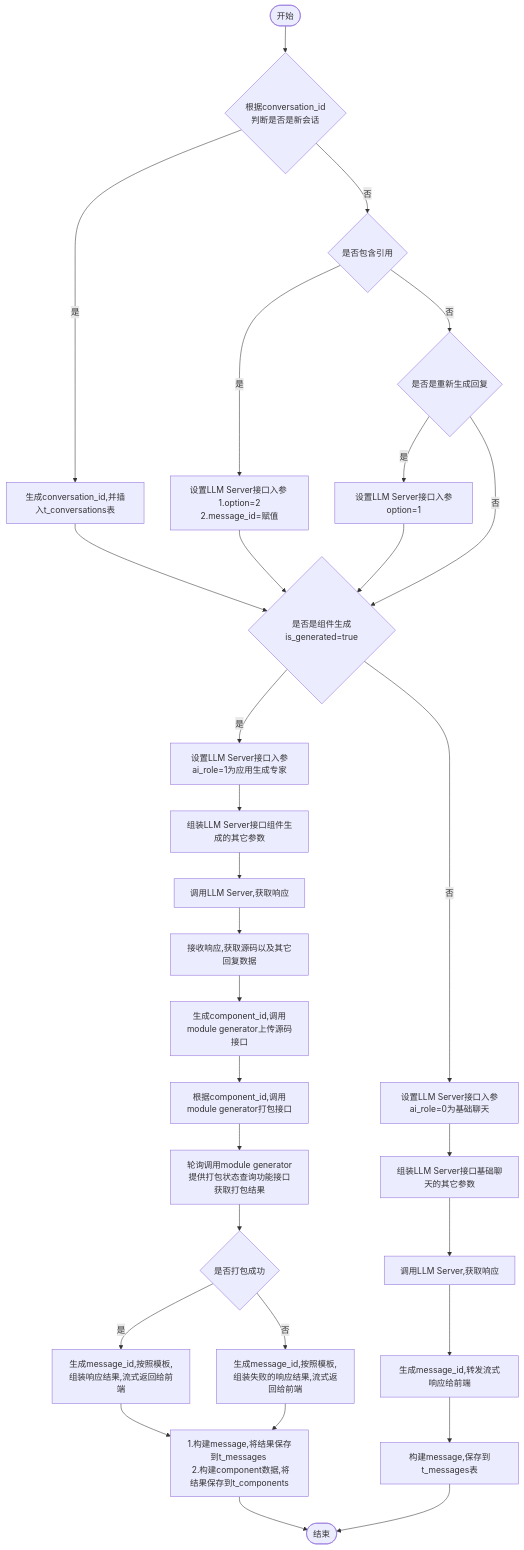
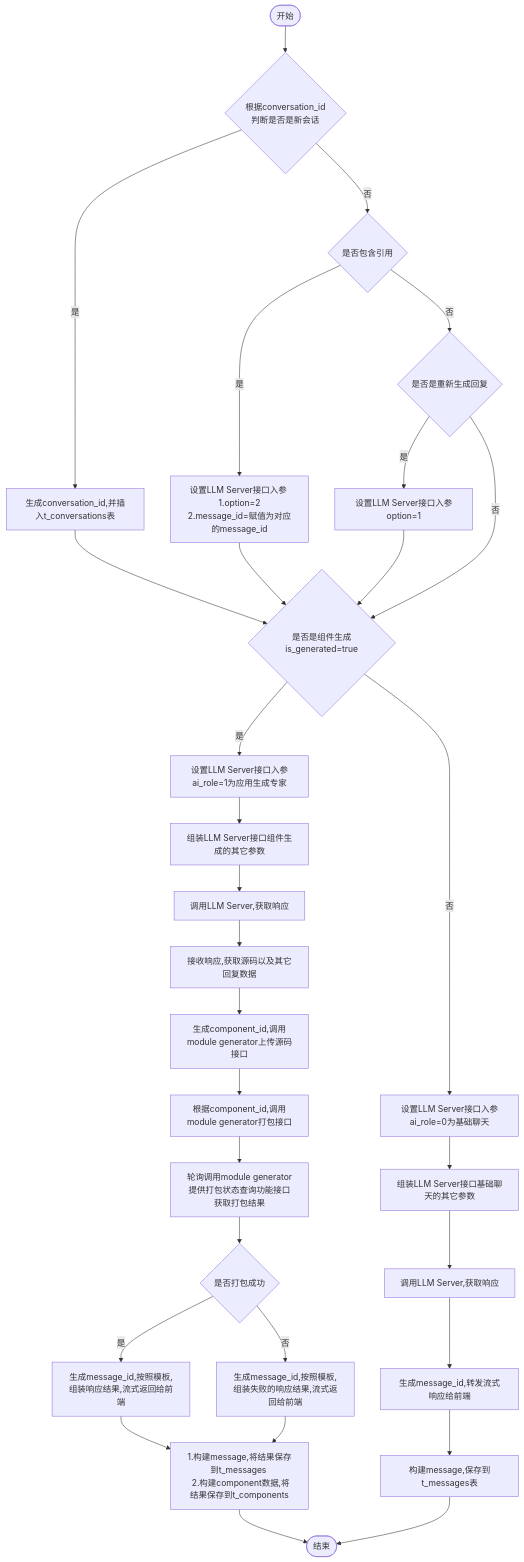
One commit to yingjianzh/iodraw-files changed the diagram in all/w3-会话-不需要传递message.md. Above: the diagram before and after it, drawn with Mermaid.

Commit message:
2024-10-14 11:12:32 update

````diff
--- a/all/w3-会话-不需要传递message.md
+++ b/all/w3-会话-不需要传递message.md
@@ -1,35 +1,35 @@
 ```mermaid
 flowchart TD
     A([开始]) --> B{根据conversation_id \n 判断是否是新会话}
     B -- 是 --> C[生成conversation_id,并插入t_conversations表]
     B -- 否 --> D{是否包含引用}
-    D -- 是 --> E[设置LLM Server接口入参 \n 1.option=2 2.message_id=赋值]
+    D -- 是 --> E[设置LLM Server接口入参 \n 1.option=2 2.message_id=赋值为对应的message_id]
     D -- 否 --> F{是否是重新生成回复}
     F -- 是 --> G[设置LLM Server接口入参option=1]
     F -- 否 --> I
      
     C & E & G --> I{是否是组件生成is_generated=true}
     I -- 是 --> J[设置LLM Server接口入参ai_role=1为应用生成专家]
     I -- 否 --> K[设置LLM Server接口入参ai_role=0为基础聊天]
 
 
     J --> L[组装LLM Server接口组件生成的其它参数]    
     K --> M[组装LLM Server接口基础聊天的其它参数]    
     M --> N[调用LLM Server,获取响应]    
     N --> O[生成message_id,转发流式响应给前端]
     O --> P[构建message,保存到t_messages表]
     P --> R([结束])
 
 
     L --> S[调用LLM Server,获取响应]
     S --> T[接收响应,获取源码以及其它回复数据]
     T --> U[生成component_id,调用module generator上传源码接口]
     U --> V[根据component_id,调用module generator打包接口]
     V --> W[轮询调用module generator提供打包状态查询功能接口获取打包结果]
     W --> X{是否打包成功}
     X -- 是 --> Y[生成message_id,按照模板,组装响应结果,流式返回给前端]
     X -- 否 --> Z[生成message_id,按照模板,组装失败的响应结果,流式返回给前端]
 
     Y & Z --> Result[1.构建message,将结果保存到t_messages \n 2.构建component数据,将结果保存到t_components]
     Result --> R
 ```
````
